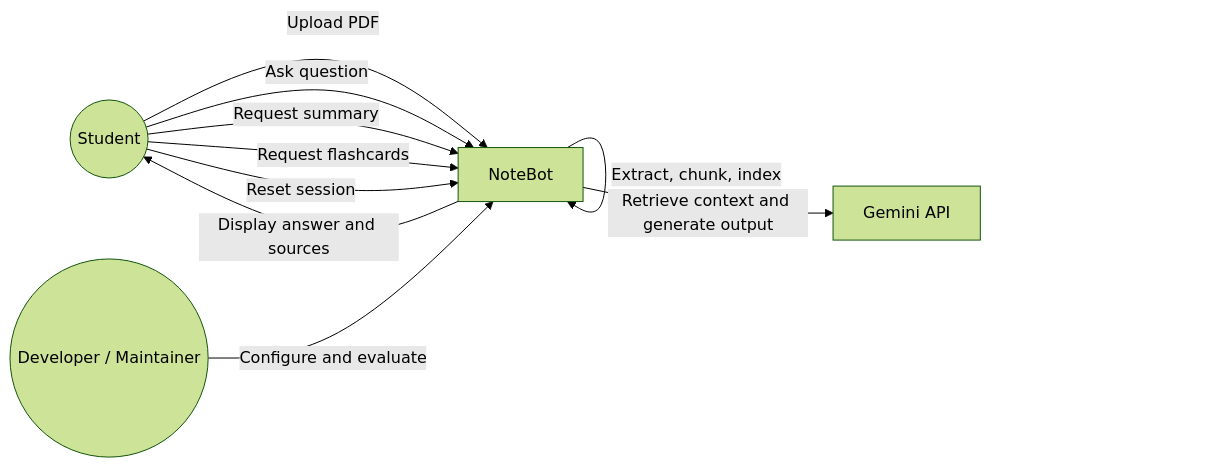
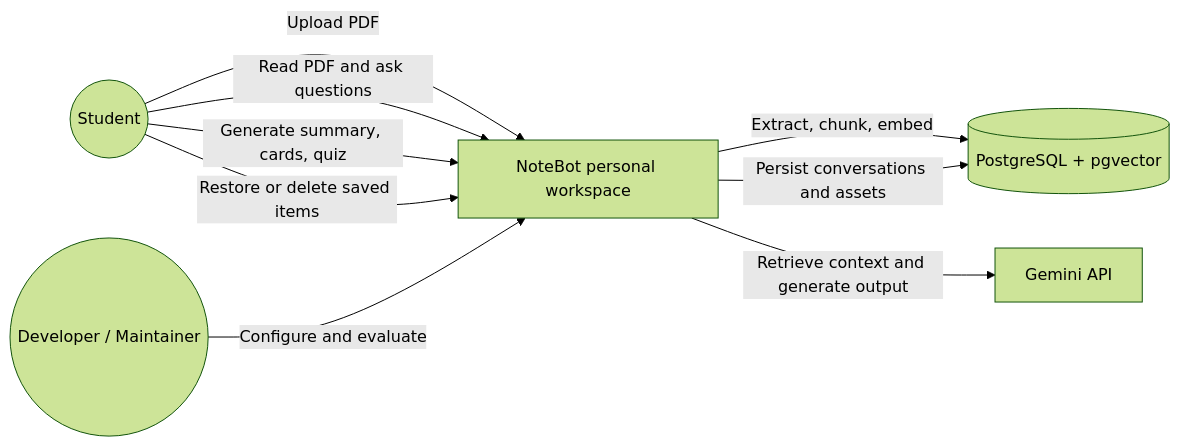
The first of 3 diagrams in docs/requirements-and-design.md (atharv-lalage/NoteBot), drawn with Mermaid (forest theme) before and after one commit. The commit also changed other lines of this file and 2 other files, not shown here.

````diff
--- a/docs/requirements-and-design.md
+++ b/docs/requirements-and-design.md
@@ -45,17 +57,17 @@
 ```mermaid
 flowchart LR
     Student((Student))
     Maintainer((Developer / Maintainer))
-    NoteBot[NoteBot]
+    NoteBot[NoteBot personal workspace]
     Gemini[Gemini API]
+    Database[(PostgreSQL + pgvector)]
 
     Student -->|Upload PDF| NoteBot
-    Student -->|Ask question| NoteBot
-    Student -->|Request summary| NoteBot
-    Student -->|Request flashcards| NoteBot
-    Student -->|Reset session| NoteBot
-    NoteBot -->|Extract, chunk, index| NoteBot
+    Student -->|Read PDF and ask questions| NoteBot
+    Student -->|Generate summary, cards, quiz| NoteBot
+    Student -->|Restore or delete saved items| NoteBot
+    NoteBot -->|Extract, chunk, embed| Database
     NoteBot -->|Retrieve context and generate output| Gemini
-    NoteBot -->|Display answer and sources| Student
+    NoteBot -->|Persist conversations and assets| Database
     Maintainer -->|Configure and evaluate| NoteBot
 ```
````
